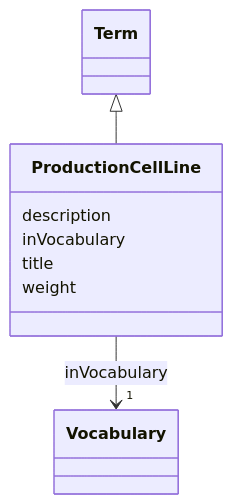
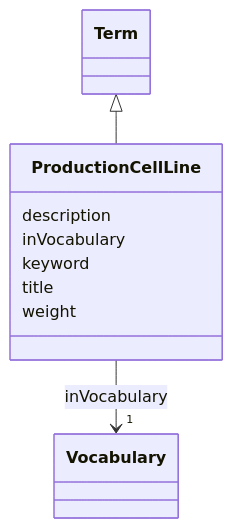
Before and after one commit to EVORA-project/evora-ontology: the diagram in models/docs/ProductionCellLine.md, drawn with Mermaid. The commit also changed other lines of this file and 402 other files, not shown here.

````diff
--- a/models/docs/ProductionCellLine.md
+++ b/models/docs/ProductionCellLine.md
@@ -19,24 +19,26 @@
 ```mermaid
  classDiagram
     class ProductionCellLine
     click ProductionCellLine href "../ProductionCellLine"
       Term <|-- ProductionCellLine
         click Term href "../Term"
       
       ProductionCellLine : description
         
       ProductionCellLine : inVocabulary
         
           
     
     
     ProductionCellLine --> "1" Vocabulary : inVocabulary
     click Vocabulary href "../Vocabulary"
 
         
+      ProductionCellLine : keyword
+        
       ProductionCellLine : title
         
       ProductionCellLine : weight
         
       
 ```
````
